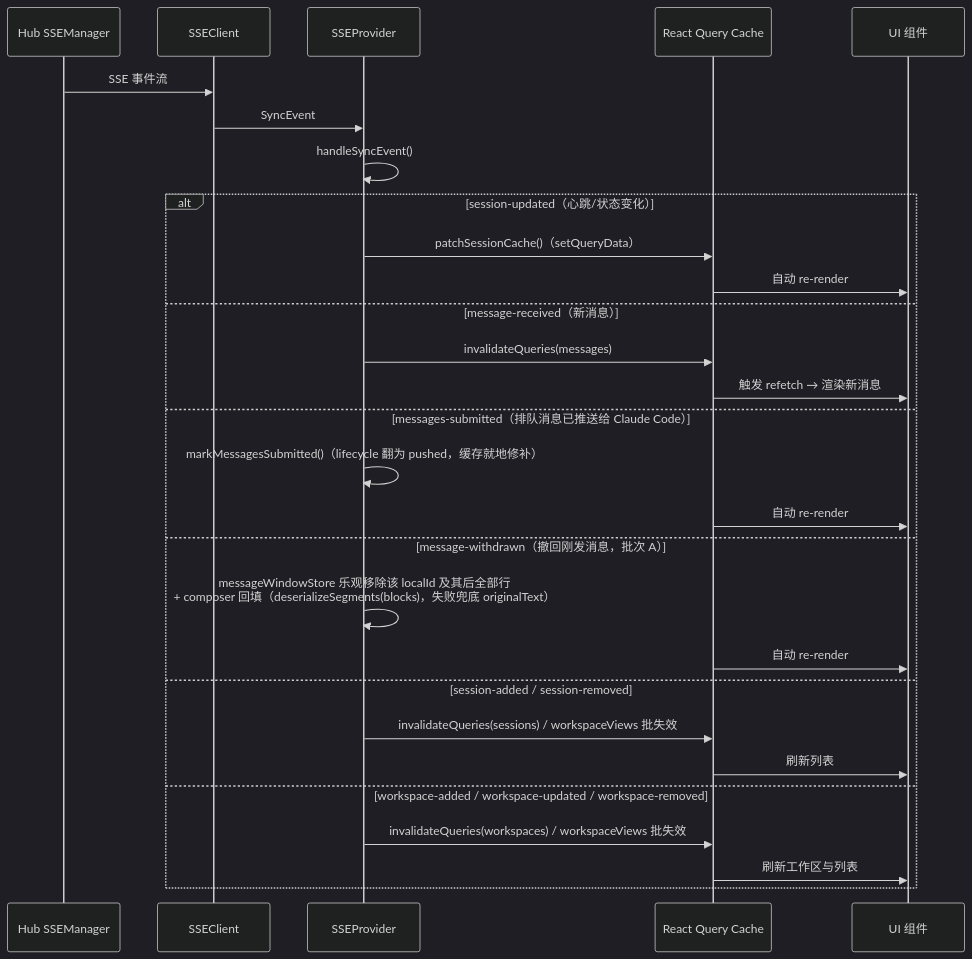
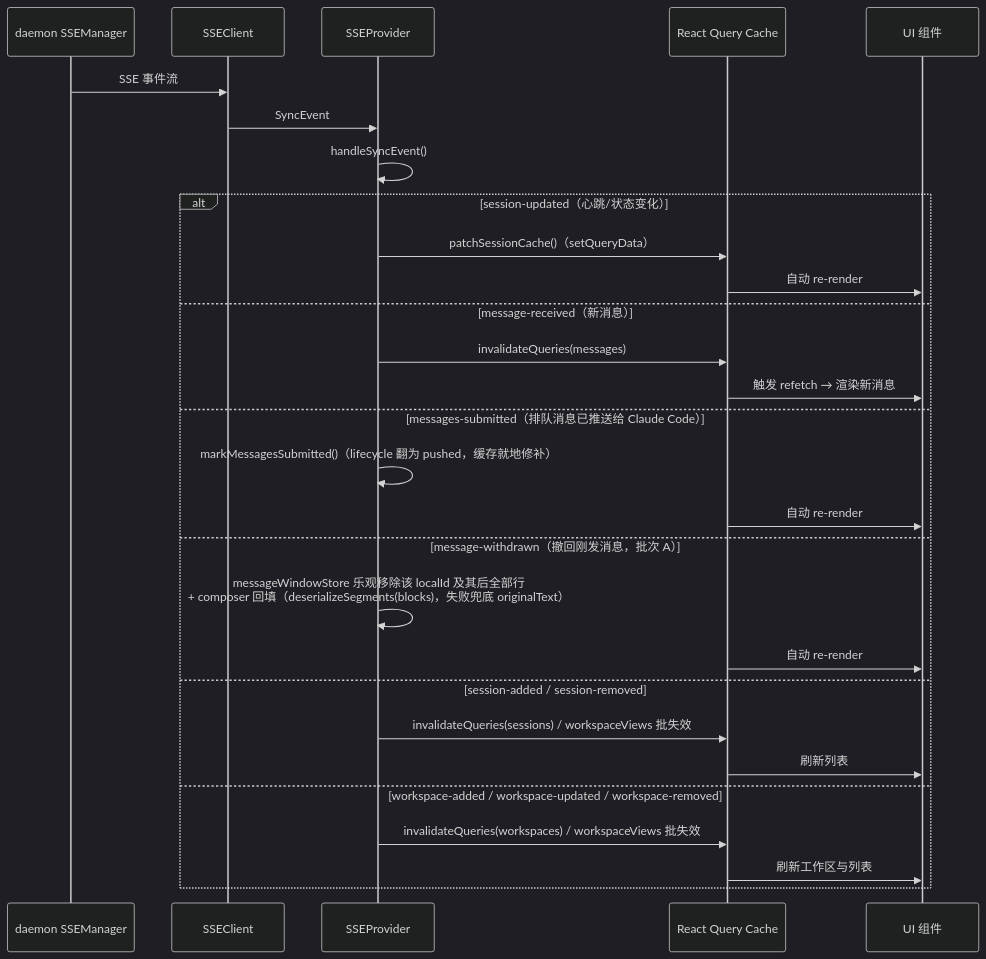
The third of 5 diagrams in docs/architecture/web/README.md (ModuBit/mobi), drawn with Mermaid (dark theme) before and after one commit. The commit also changed other lines of this file and 86 other files, not shown here.

````diff
--- a/docs/architecture/web/README.md
+++ b/docs/architecture/web/README.md
@@ -442,32 +441,32 @@
 ```mermaid
 sequenceDiagram
-    participant Hub as Hub SSEManager
+    participant daemon as daemon SSEManager
     participant SSEClient as SSEClient
     participant Provider as SSEProvider
     participant QC as React Query Cache
     participant UI as UI 组件
 
-    Hub->>SSEClient: SSE 事件流
+    daemon->>SSEClient: SSE 事件流
     SSEClient->>Provider: SyncEvent
     Provider->>Provider: handleSyncEvent()
 
     alt session-updated（心跳/状态变化）
         Provider->>QC: patchSessionCache()（setQueryData）
         QC->>UI: 自动 re-render
     else message-received（新消息）
         Provider->>QC: invalidateQueries(messages)
         QC->>UI: 触发 refetch → 渲染新消息
     else messages-submitted（排队消息已推送给 Claude Code）
         Provider->>Provider: markMessagesSubmitted()（lifecycle 翻为 pushed，缓存就地修补）
         QC->>UI: 自动 re-render
     else message-withdrawn（撤回刚发消息，批次 A）
         Provider->>Provider: messageWindowStore 乐观移除该 localId 及其后全部行<br/>+ composer 回填（deserializeSegments(blocks)，失败兜底 originalText）
         QC->>UI: 自动 re-render
     else session-added / session-removed
         Provider->>QC: invalidateQueries(sessions) / workspaceViews 批失效
         QC->>UI: 刷新列表
     else workspace-added / workspace-updated / workspace-removed
         Provider->>QC: invalidateQueries(workspaces) / workspaceViews 批失效
         QC->>UI: 刷新工作区与列表
     end
 ```
````
